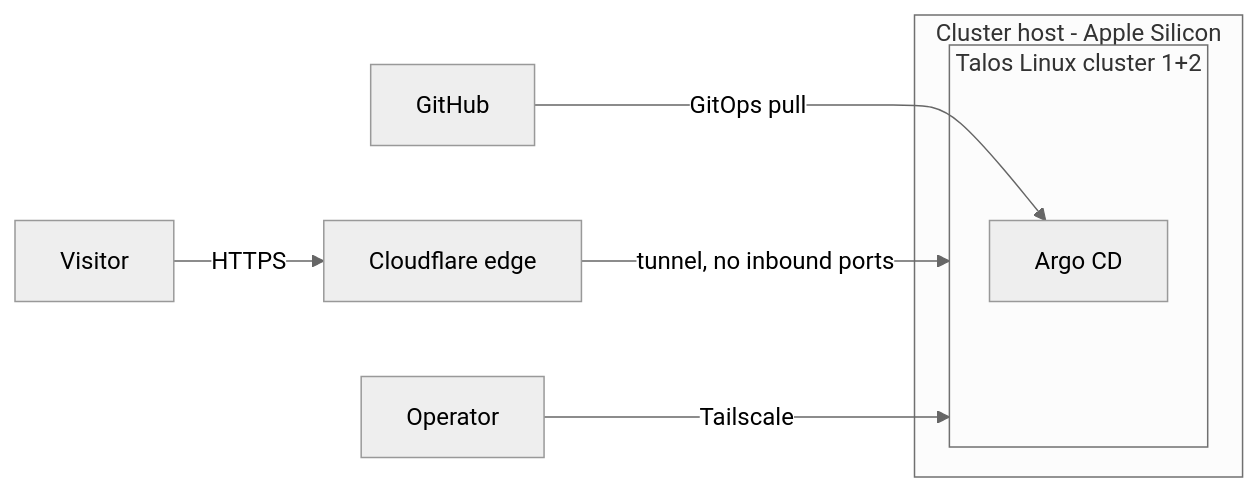
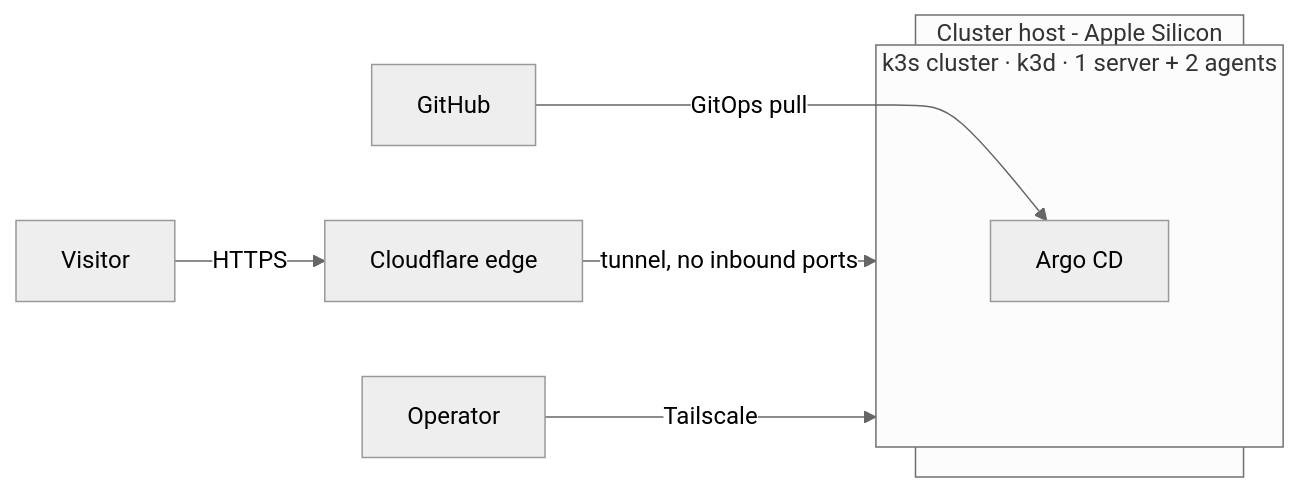
One commit to avramukk/homelab changed the diagram in docs/architecture/overview.md. Above: the diagram before and after it, drawn with Mermaid (neutral theme). The commit also changed other lines of this file and 5 other files, not shown here.

First line of the commit message:
docs: reflect the k3d runtime across architecture and skills

````diff
--- a/docs/architecture/overview.md
+++ b/docs/architecture/overview.md
@@ -16,12 +16,12 @@
 ```mermaid
 flowchart LR
   user[Visitor] -->|HTTPS| cf[Cloudflare edge]
   cf -->|tunnel, no inbound ports| k8s
   operator[Operator] -->|Tailscale| k8s
   gh[GitHub] -->|GitOps pull| argo[Argo CD]
   subgraph host [Cluster host - Apple Silicon]
-    subgraph k8s [Talos Linux cluster 1+2]
+    subgraph k8s [k3s cluster · k3d · 1 server + 2 agents]
       argo
     end
   end
 ```
````
